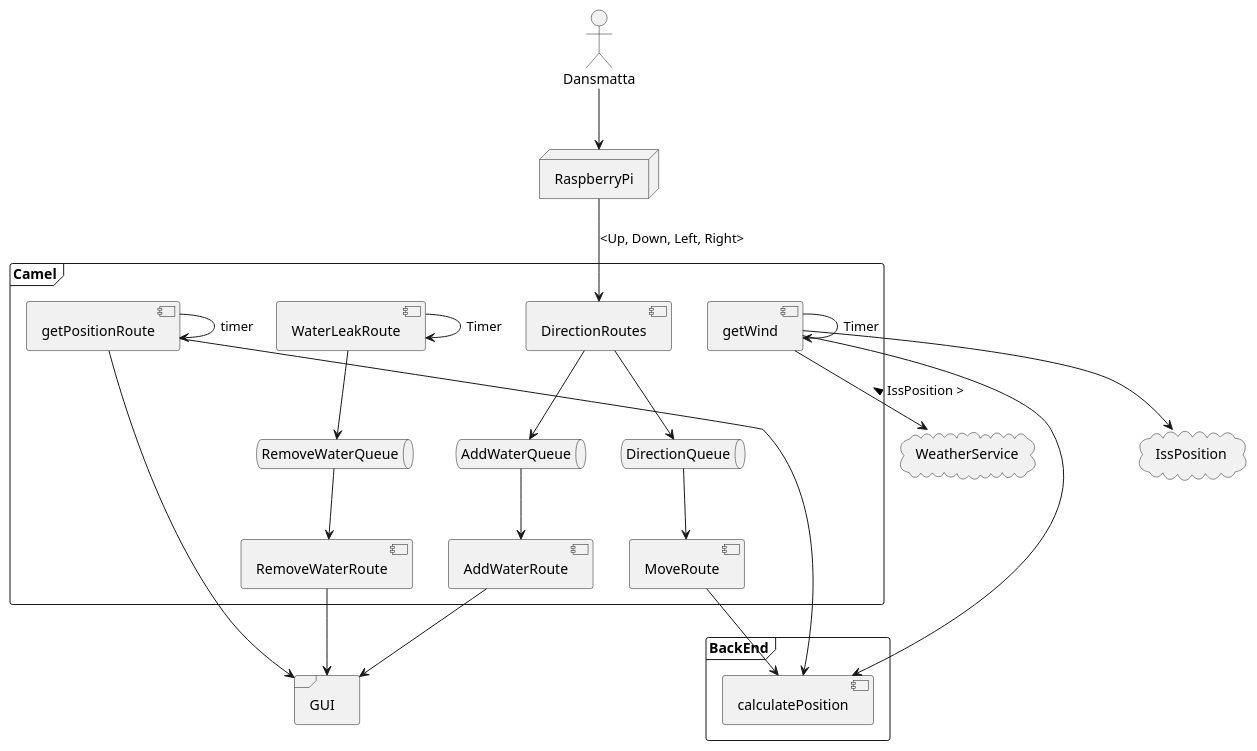
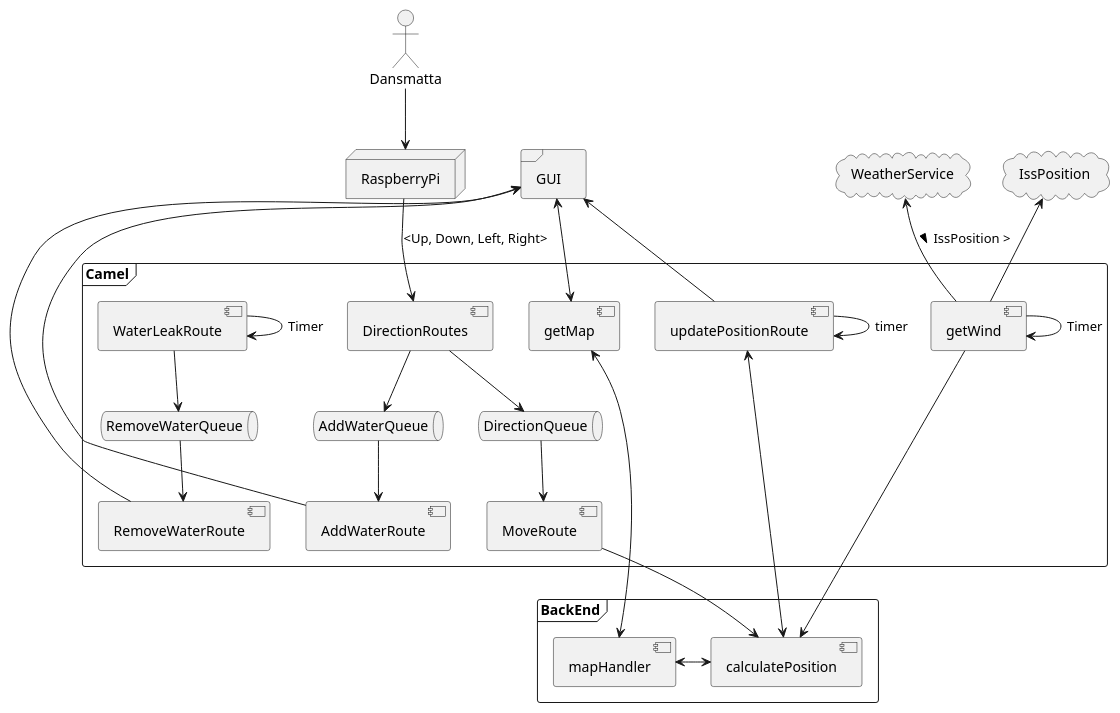
Before and after one commit to CAG-Contactor/Hunchback: the diagram in docs/overview.puml, drawn with PlantUML. The commit also changed 4 other files, not shown here.

```diff
--- a/docs/overview.puml
+++ b/docs/overview.puml
@@ -1,68 +1,74 @@
 @startuml
 
 actor Dansmatta
 node RaspberryPi
 frame GUI
 cloud IssPosition
 cloud WeatherService
 frame Camel {
     component DirectionRoutes
     queue DirectionQueue
     queue AddWaterQueue
     queue RemoveWaterQueue
     component MoveRoute
     component AddWaterRoute
-    component getPositionRoute
+    component updatePositionRoute
     component RemoveWaterRoute
     component WaterLeakRoute
     component getWind
+    component getMap
 }
 frame BackEnd{
     component calculatePosition
+    component mapHandler
 }
 
 Dansmatta --> RaspberryPi
 RaspberryPi --> DirectionRoutes : <Up, Down, Left, Right>
 DirectionRoutes --> DirectionQueue
 DirectionRoutes --> AddWaterQueue
 DirectionQueue --> MoveRoute
 AddWaterQueue --> AddWaterRoute
-AddWaterRoute --> GUI
+AddWaterRoute -up-> GUI
+GUI <-->getMap
+getMap <--> mapHandler
 
-getPositionRoute --> getPositionRoute : timer
-getPositionRoute --> GUI
+calculatePosition <-left-> mapHandler
+
+updatePositionRoute --> updatePositionRoute : timer
+updatePositionRoute -up-> GUI
 WaterLeakRoute --> WaterLeakRoute : Timer
 WaterLeakRoute --> RemoveWaterQueue
 RemoveWaterQueue --> RemoveWaterRoute
-RemoveWaterRoute --> GUI
+RemoveWaterRoute -up-> GUI
 
 getWind --> getWind : Timer
-getWind --> IssPosition
-getWind --> WeatherService : < IssPosition >
+getWind -up-> IssPosition
+getWind -up-> WeatherService : < IssPosition >
 
 MoveRoute --> calculatePosition
-getPositionRoute --> calculatePosition
-getWind --> calculatePosition
+updatePositionRoute <--> calculatePosition
+getWind -> calculatePosition
 
 'agent agent
 'artifact artifact
 'boundary boundary
 'card card
 'cloud cloud
 'component component
 'control control
 'database database
 'entity entity
 'file file
 'folder folder
 'frame frame
 'interface  interface
 'node node
 'package package
 'queue queue
 'stack stack
 'rectangle rectangle
 'storage storage
 'usecase usecase
 
 @enduml
```
